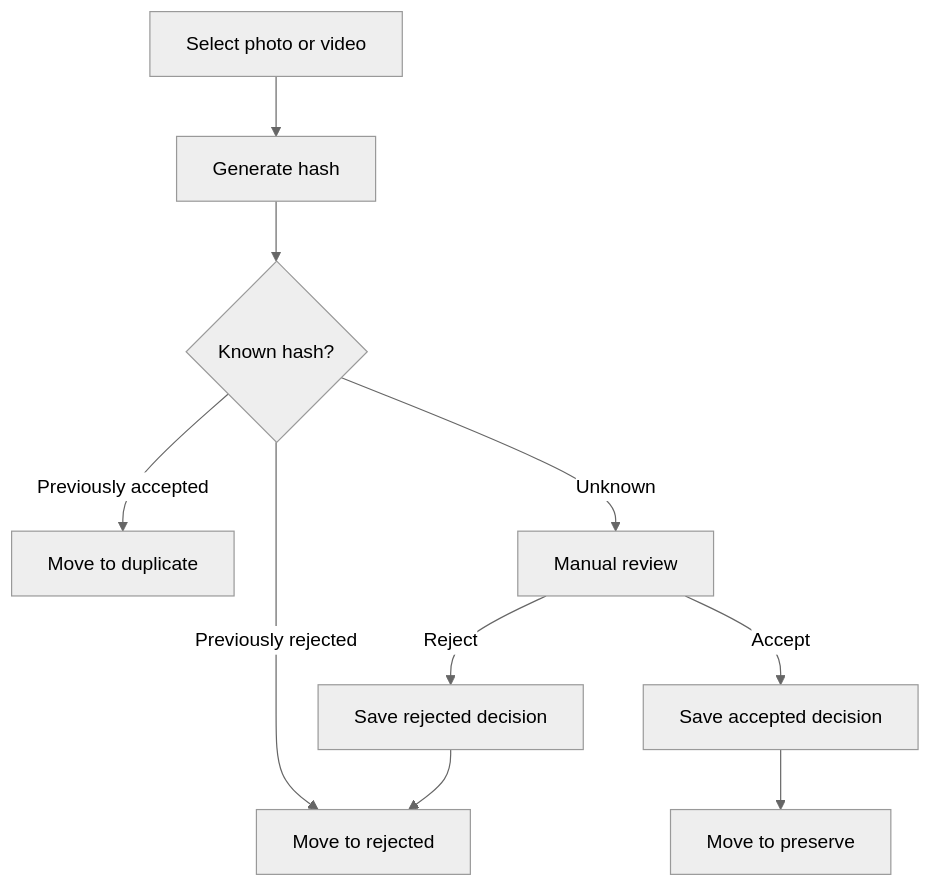
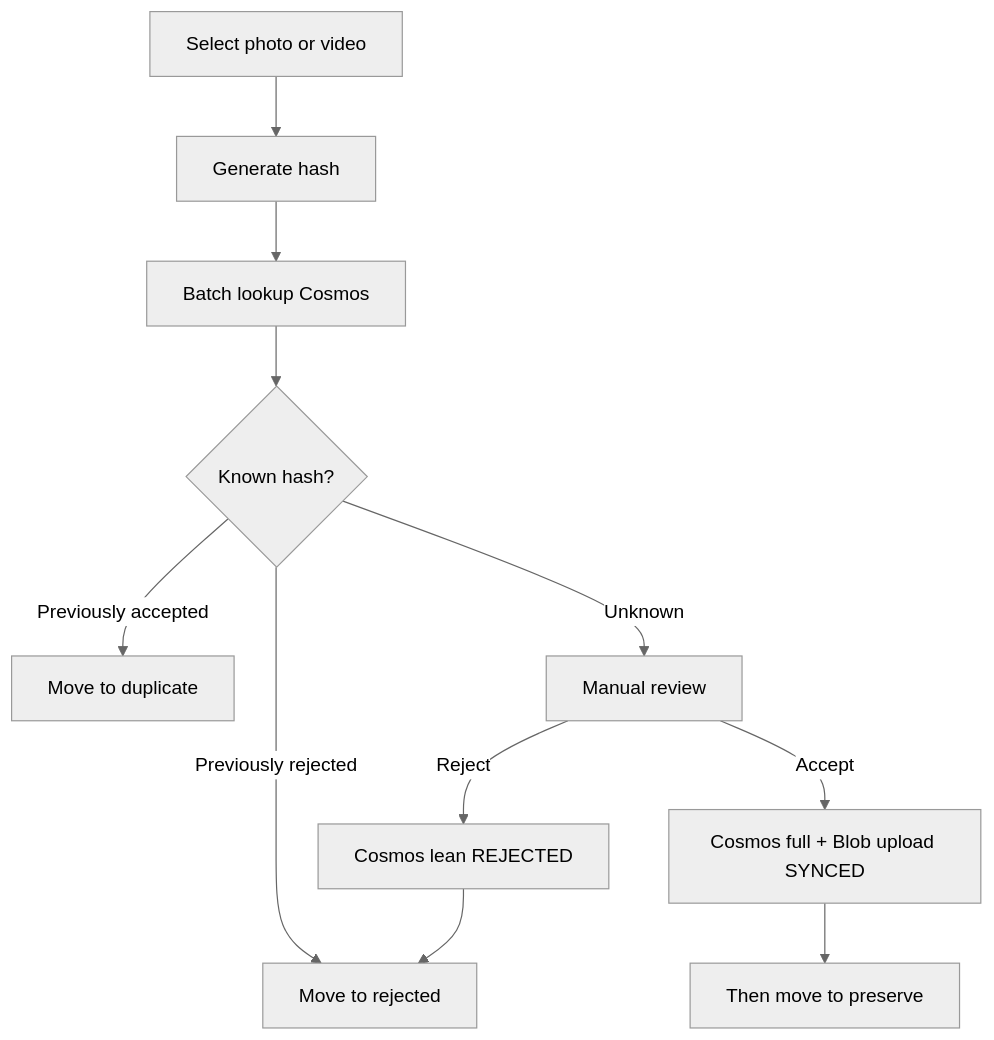
Before and after one commit to digillent/yaadein: the first of 2 diagrams in ROADMAP.md, drawn with Mermaid (neutral theme). The commit also changed other lines of this file and 4 other files, not shown here.

First line of the commit message:
Rewrite roadmap for Cosmos-first decisions and accept-after-upload.

````diff
--- a/ROADMAP.md
+++ b/ROADMAP.md
@@ -18,12 +17,13 @@
 ```mermaid
 flowchart TD
   selectFile[Select photo or video] --> genHash[Generate hash]
-  genHash --> knownHash{Known hash?}
+  genHash --> cosmosLookup[Batch lookup Cosmos]
+  cosmosLookup --> knownHash{Known hash?}
   knownHash -->|Previously rejected| moveRejected[Move to rejected]
   knownHash -->|Previously accepted| moveDuplicate[Move to duplicate]
   knownHash -->|Unknown| manualReview[Manual review]
-  manualReview -->|Accept| saveAccepted[Save accepted decision]
-  manualReview -->|Reject| saveRejected[Save rejected decision]
-  saveAccepted --> movePreserve[Move to preserve]
-  saveRejected --> moveRejected
+  manualReview -->|Accept| cloudAccept[Cosmos full + Blob upload SYNCED]
+  manualReview -->|Reject| cosmosReject[Cosmos lean REJECTED]
+  cloudAccept --> movePreserve[Then move to preserve]
+  cosmosReject --> moveRejected
 ```
````
